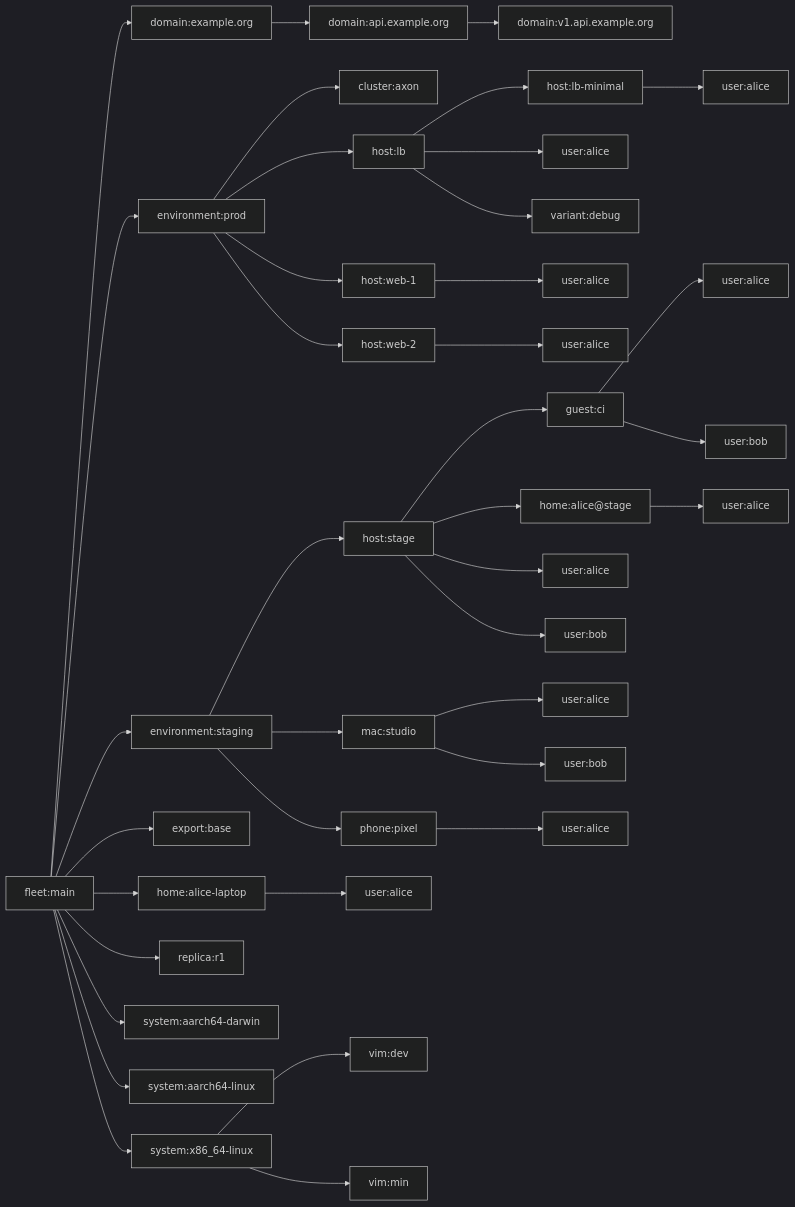
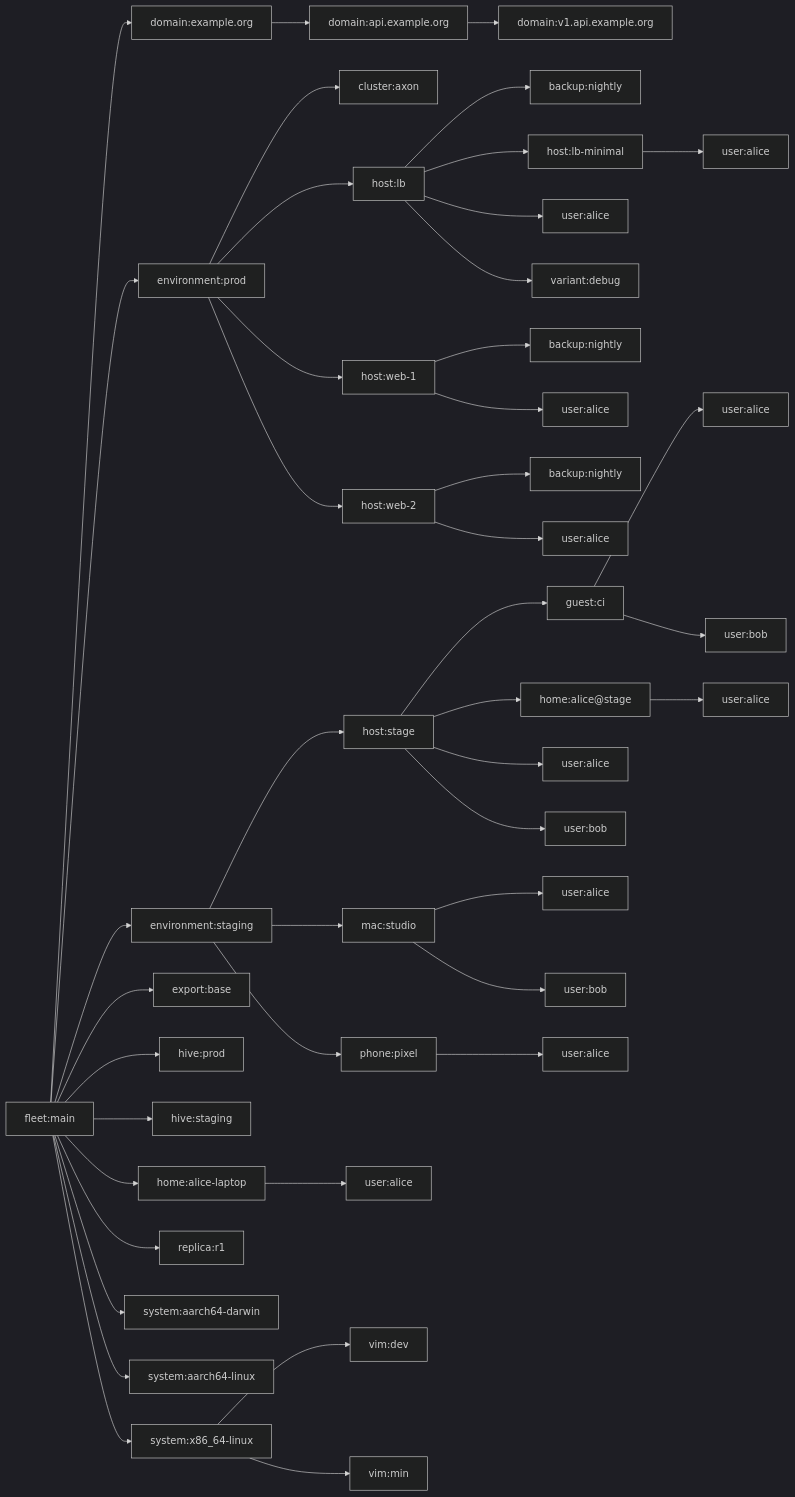
Before and after one commit to sini/sven: the diagram in templates/fleet/README.md, drawn with Mermaid (dark theme). The commit also changed other lines of this file and 1 other file, not shown here.

```diff
--- a/templates/fleet/README.md
+++ b/templates/fleet/README.md
@@ -313,13 +342,16 @@
   s4a308930["environment:prod"]
   s4fab1871["cluster:axon"]
   sc1312ce7["host:lb"]
+  sf9f17122["backup:nightly"]
   s701b3a10["host:lb-minimal"]
   sc0428e06["user:alice"]
   sa830f4b8["user:alice"]
   s3459c6cb["variant:debug"]
   s348d4306["host:web-1"]
+  s4fa72356["backup:nightly"]
   sc7ac250a["user:alice"]
   s83e8ed4e["host:web-2"]
+  sb74b34b1["backup:nightly"]
   sc13f188c["user:alice"]
   s6a423160["environment:staging"]
   s6d0ac6bd["host:stage"]
@@ -336,6 +368,8 @@
   sde1685e5["phone:pixel"]
   s5601dfa6["user:alice"]
   sc26f9795["export:base"]
+  se7af5a76["hive:prod"]
+  s3c61e6cb["hive:staging"]
   s6b74e236["home:alice-laptop"]
   s7a797ce6["user:alice"]
   s977ffe77["replica:r1"]
@@ -350,13 +384,16 @@
   s6c4c773b --> s4a308930
   s4a308930 --> s4fab1871
   s4a308930 --> sc1312ce7
+  sc1312ce7 --> sf9f17122
   sc1312ce7 --> s701b3a10
   s701b3a10 --> sc0428e06
   sc1312ce7 --> sa830f4b8
   sc1312ce7 --> s3459c6cb
   s4a308930 --> s348d4306
+  s348d4306 --> s4fa72356
   s348d4306 --> sc7ac250a
   s4a308930 --> s83e8ed4e
+  s83e8ed4e --> sb74b34b1
   s83e8ed4e --> sc13f188c
   s6c4c773b --> s6a423160
   s6a423160 --> s6d0ac6bd
@@ -373,6 +410,8 @@
   s6a423160 --> sde1685e5
   sde1685e5 --> s5601dfa6
   s6c4c773b --> sc26f9795
+  s6c4c773b --> se7af5a76
+  s6c4c773b --> s3c61e6cb
   s6c4c773b --> s6b74e236
   s6b74e236 --> s7a797ce6
   s6c4c773b --> s977ffe77
```
